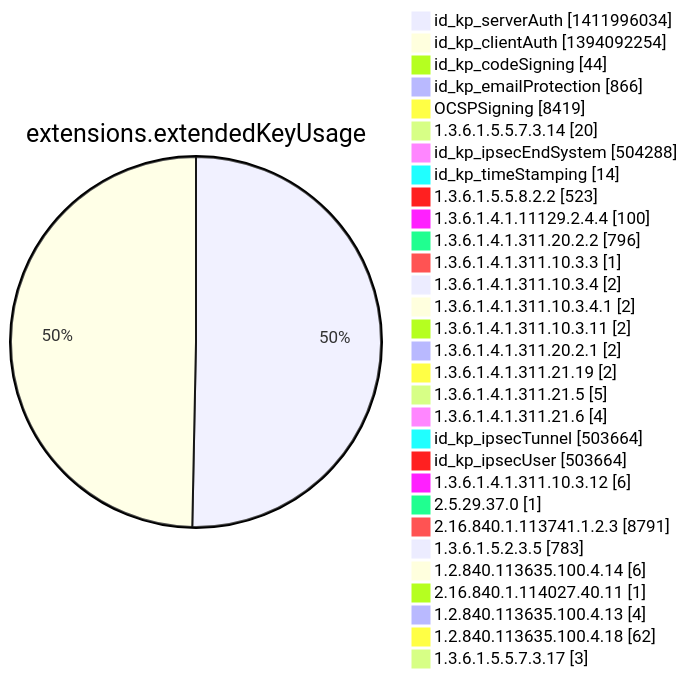
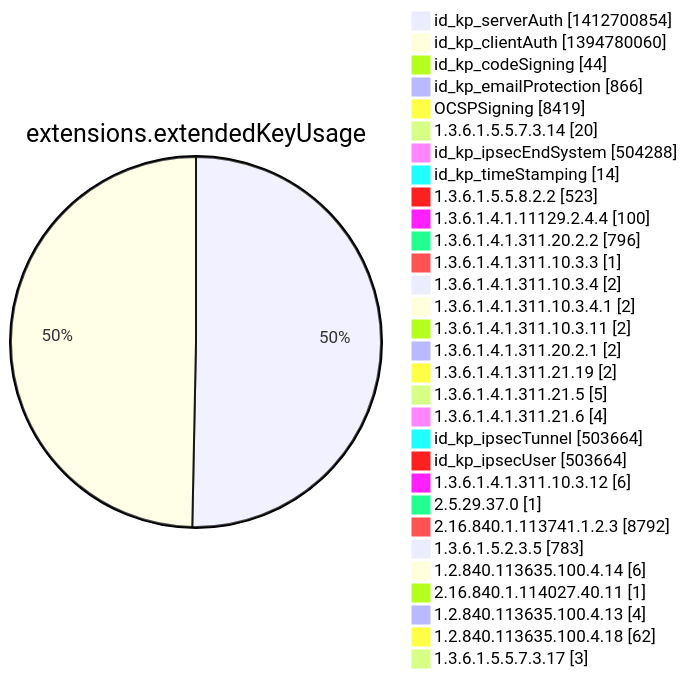
One commit to christiankrug/ctmonitor_visualization changed diagram 12 of 15 in argon2022/README.md. Above: the diagram before and after it, drawn with Mermaid. The commit also changed other lines of this file, not shown here.

````diff
--- a/argon2022/README.md
+++ b/argon2022/README.md
@@ -3554,34 +3554,34 @@
 ```mermaid
 pie showData
 title extensions.extendedKeyUsage
-"id_kp_serverAuth" :1411996034
-"id_kp_clientAuth" :1394092254
+"id_kp_serverAuth" :1412700854
+"id_kp_clientAuth" :1394780060
 "id_kp_codeSigning" :44
 "id_kp_emailProtection" :866
 "OCSPSigning" :8419
 "1.3.6.1.5.5.7.3.14" :20
 "id_kp_ipsecEndSystem" :504288
 "id_kp_timeStamping" :14
 "1.3.6.1.5.5.8.2.2" :523
 "1.3.6.1.4.1.11129.2.4.4" :100
 "1.3.6.1.4.1.311.20.2.2" :796
 "1.3.6.1.4.1.311.10.3.3" :1
 "1.3.6.1.4.1.311.10.3.4" :2
 "1.3.6.1.4.1.311.10.3.4.1" :2
 "1.3.6.1.4.1.311.10.3.11" :2
 "1.3.6.1.4.1.311.20.2.1" :2
 "1.3.6.1.4.1.311.21.19" :2
 "1.3.6.1.4.1.311.21.5" :5
 "1.3.6.1.4.1.311.21.6" :4
 "id_kp_ipsecTunnel" :503664
 "id_kp_ipsecUser" :503664
 "1.3.6.1.4.1.311.10.3.12" :6
 "2.5.29.37.0" :1
-"2.16.840.1.113741.1.2.3" :8791
+"2.16.840.1.113741.1.2.3" :8792
 "1.3.6.1.5.2.3.5" :783
 "1.2.840.113635.100.4.14" :6
 "2.16.840.1.114027.40.11" :1
 "1.2.840.113635.100.4.13" :4
 "1.2.840.113635.100.4.18" :62
 "1.3.6.1.5.5.7.3.17" :3
 ```
````
